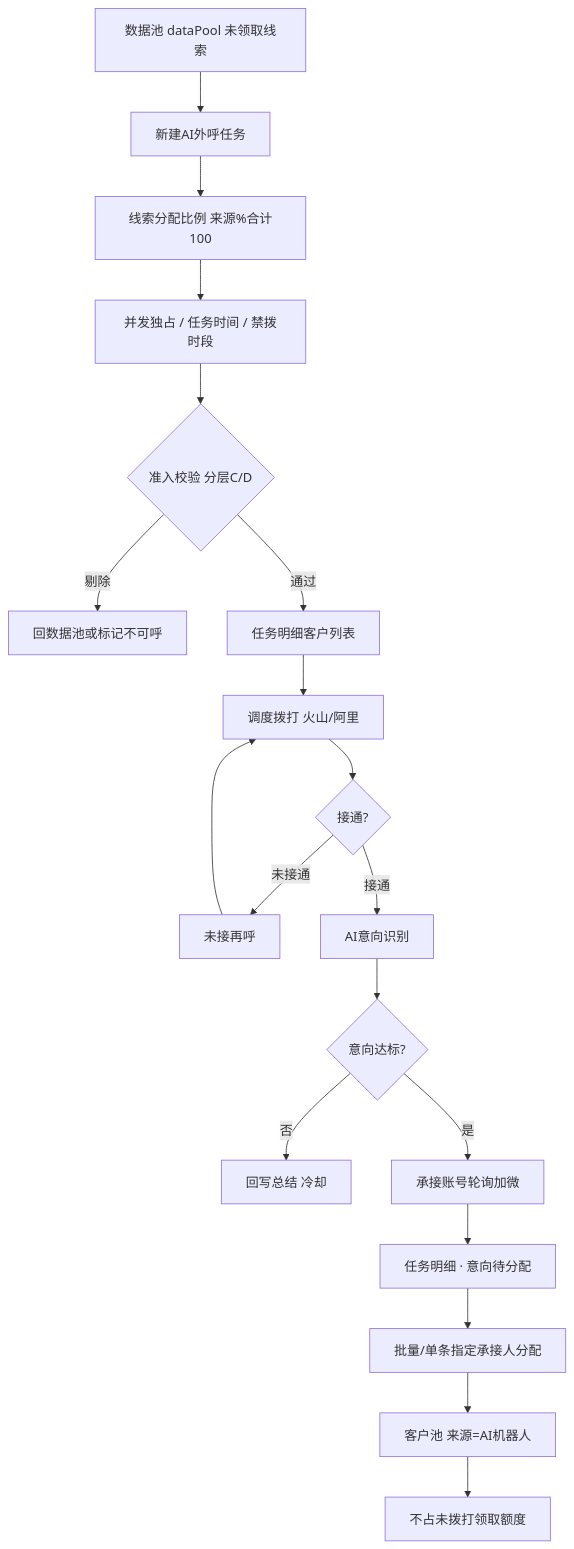
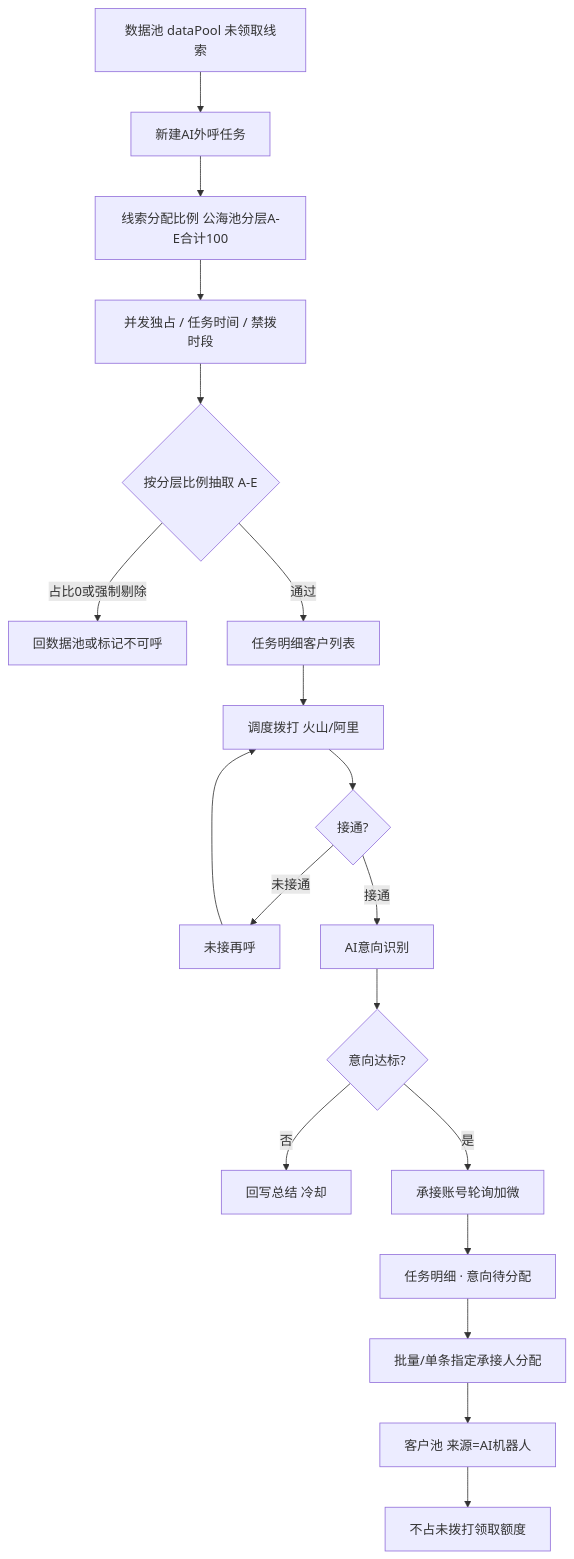
One commit to Leo-ai05/ai-crm-outbound-design changed the first of 2 diagrams in docs/scheme-a-system.md. Above: the diagram before and after it, drawn with Mermaid. The commit also changed other lines of this file and 3 other files, not shown here.

````diff
--- a/docs/scheme-a-system.md
+++ b/docs/scheme-a-system.md
@@ -33,21 +33,21 @@
 ```mermaid
 flowchart TD
   A[数据池 dataPool 未领取线索] --> B[新建AI外呼任务]
-  B --> B1[线索分配比例 来源%合计100]
+  B --> B1[线索分配比例 公海池分层A-E合计100]
   B1 --> B2[并发独占 / 任务时间 / 禁拨时段]
-  B2 --> C{准入校验 分层C/D}
-  C -->|剔除| Z1[回数据池或标记不可呼]
+  B2 --> C{按分层比例抽取 A-E}
+  C -->|占比0或强制剔除| Z1[回数据池或标记不可呼]
   C -->|通过| D[任务明细客户列表]
   D --> E[调度拨打 火山/阿里]
   E --> F{接通?}
   F -->|未接通| G[未接再呼]
   G --> E
   F -->|接通| H[AI意向识别]
   H --> I{意向达标?}
   I -->|否| J[回写总结 冷却]
   I -->|是| K[承接账号轮询加微]
   K --> L[任务明细 · 意向待分配]
   L --> M[批量/单条指定承接人分配]
   M --> N[客户池 来源=AI机器人]
   N --> O[不占未拨打领取额度]
 ```
````
